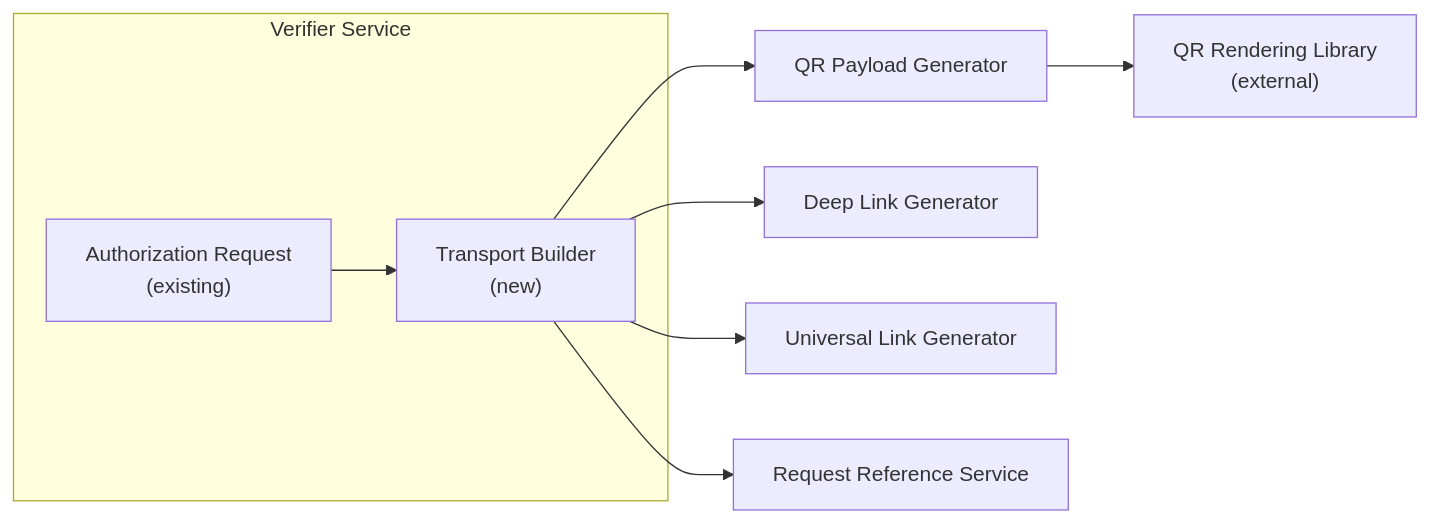
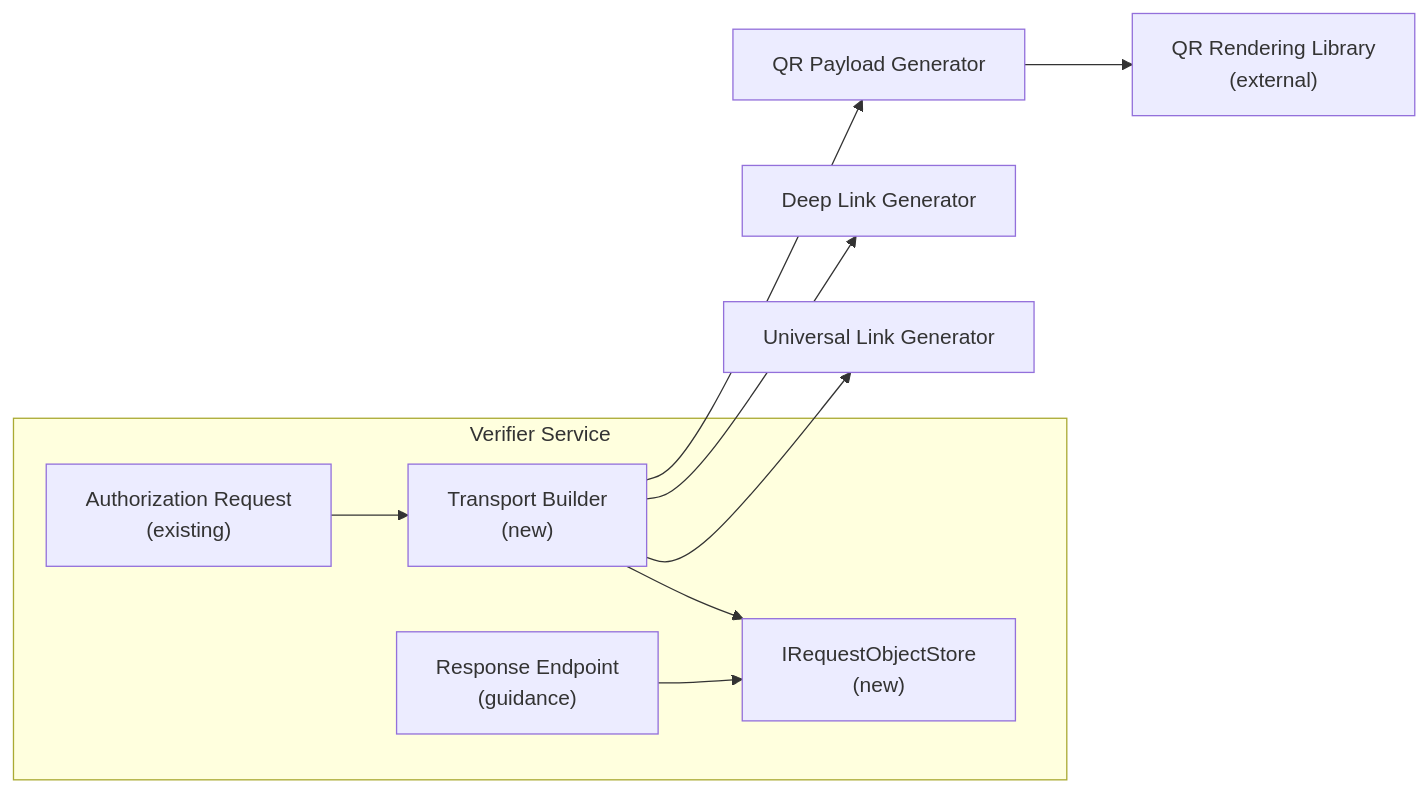
Before and after one commit to openwallet-foundation-labs/sd-jwt-dotnet: the first of 3 diagrams in docs/proposals/delivery-qr-deep-links.md, drawn with Mermaid. The commit also changed other lines of this file and 364 other files, not shown here.

````diff
--- a/docs/proposals/delivery-qr-deep-links.md
+++ b/docs/proposals/delivery-qr-deep-links.md
@@ -45,16 +64,19 @@
 ```mermaid
 flowchart LR
     subgraph Verifier["Verifier Service"]
         AuthzReq["Authorization Request<br/>(existing)"]
         Transport["Transport Builder<br/>(new)"]
+        ReqStore["IRequestObjectStore<br/>(new)"]
+        ResponseEp["Response Endpoint<br/>(guidance)"]
     end
 
     Transport --> QR["QR Payload Generator"]
     Transport --> DL["Deep Link Generator"]
     Transport --> UL["Universal Link Generator"]
-    Transport --> ReqRef["Request Reference Service"]
+    Transport --> ReqStore
 
     QR --> QRLib["QR Rendering Library<br/>(external)"]
 
     AuthzReq --> Transport
+    ResponseEp --> ReqStore
 ```
````
